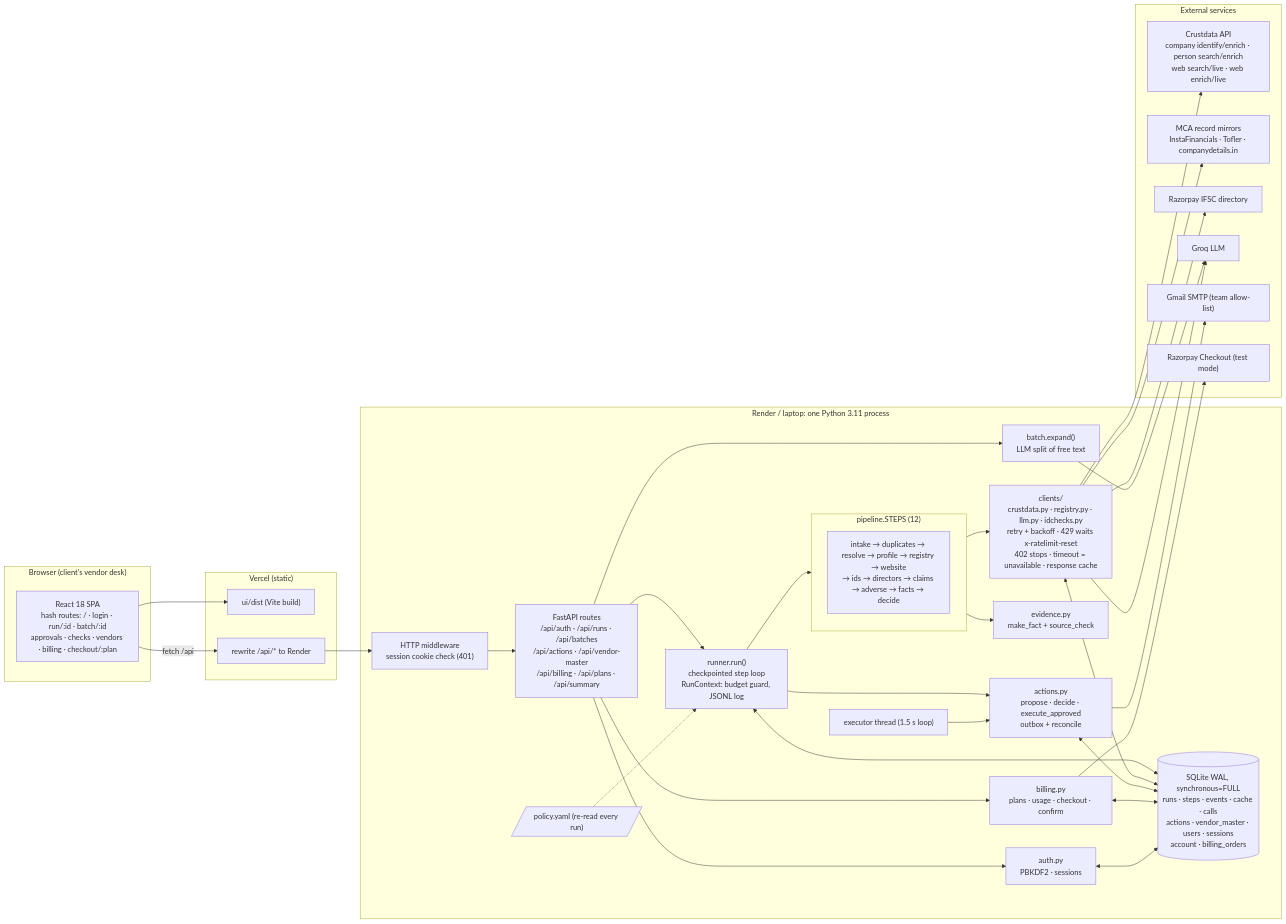
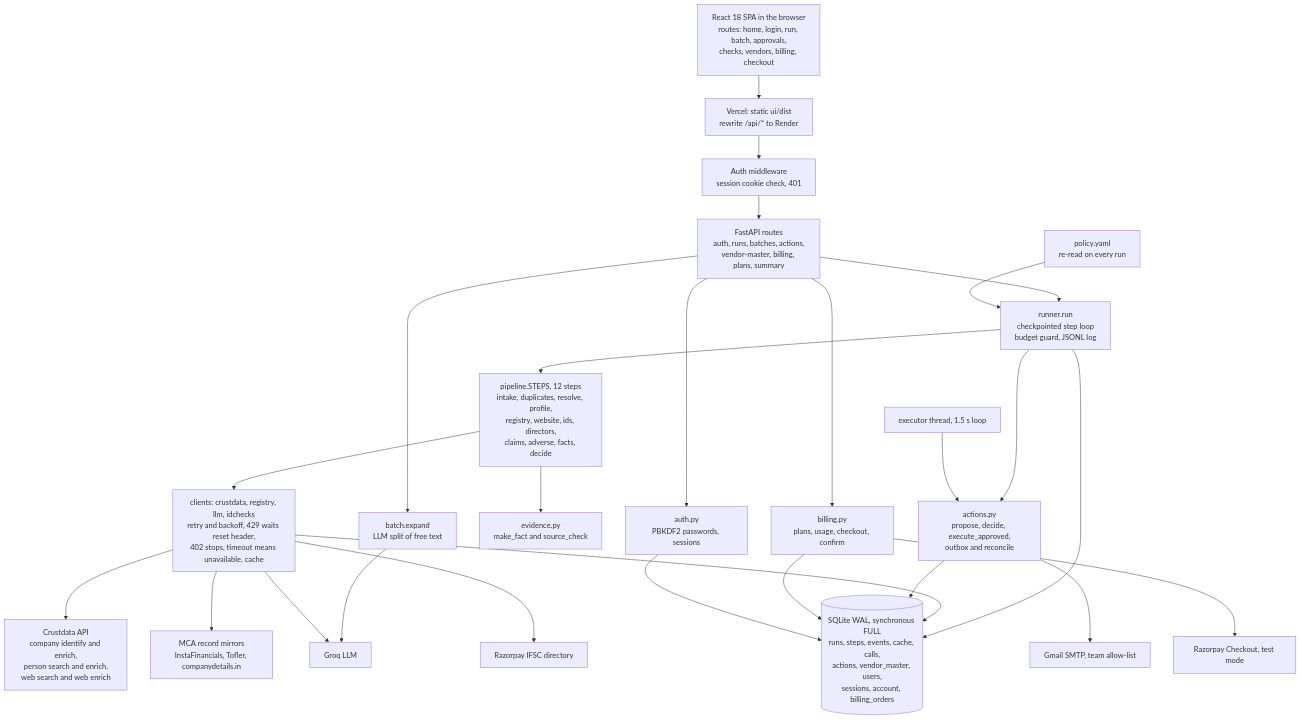
One commit to Abhay-BITS/Vetted-Crustdata changed the first of 5 diagrams in README.md. Above: the diagram before and after it, drawn with Mermaid.

Commit message:
README: simpler syntax for the technical architecture diagram so GitHub renders it reliably

````diff
--- a/README.md
+++ b/README.md
@@ -129,47 +129,50 @@
 ```mermaid
-flowchart LR
-    subgraph Browser["Browser (client's vendor desk)"]
-        SPA["React 18 SPA<br/>hash routes: / · login · run/:id · batch/:id<br/>approvals · checks · vendors · billing · checkout/:plan"]
-    end
-    subgraph Vercel["Vercel (static)"]
-        DIST["ui/dist (Vite build)"]
-        RW["rewrite /api/* to Render"]
-    end
-    subgraph Render["Render / laptop: one Python 3.11 process"]
-        MW["HTTP middleware<br/>session cookie check (401)"]
-        API["FastAPI routes<br/>/api/auth · /api/runs · /api/batches<br/>/api/actions · /api/vendor-master<br/>/api/billing · /api/plans · /api/summary"]
-        BATCH["batch.expand()<br/>LLM split of free text"]
-        RUNNER["runner.run()<br/>checkpointed step loop<br/>RunContext: budget guard, JSONL log"]
-        subgraph STEPS["pipeline.STEPS (12)"]
-            S["intake → duplicates → resolve → profile → registry → website<br/>→ ids → directors → claims → adverse → facts → decide"]
-        end
-        CL["clients/<br/>crustdata.py · registry.py · llm.py · idchecks.py<br/>retry + backoff · 429 waits x-ratelimit-reset<br/>402 stops · timeout = unavailable · response cache"]
-        EV["evidence.py<br/>make_fact + source_check"]
-        ACT["actions.py<br/>propose · decide · execute_approved<br/>outbox + reconcile"]
-        EXEC["executor thread (1.5 s loop)"]
-        BILL["billing.py<br/>plans · usage · checkout · confirm"]
-        AUTH["auth.py<br/>PBKDF2 · sessions"]
-        DB[("SQLite WAL, synchronous=FULL<br/>runs · steps · events · cache · calls<br/>actions · vendor_master · users · sessions<br/>account · billing_orders")]
-        POL[/"policy.yaml (re-read every run)"/]
-    end
-    subgraph EXT["External services"]
-        CD["Crustdata API<br/>company identify/enrich · person search/enrich<br/>web search/live · web enrich/live"]
-        MCA["MCA record mirrors<br/>InstaFinancials · Tofler · companydetails.in"]
-        IFSC["Razorpay IFSC directory"]
-        GROQ["Groq LLM"]
-        SMTP["Gmail SMTP (team allow-list)"]
-        RZP["Razorpay Checkout (test mode)"]
-    end
-    SPA --> DIST
-    SPA -- "fetch /api" --> RW --> MW --> API
-    API --> BATCH --> GROQ
-    API --> RUNNER --> STEPS --> CL
+flowchart TB
+    SPA["React 18 SPA in the browser<br/>routes: home, login, run, batch, approvals,<br/>checks, vendors, billing, checkout"]
+    VER["Vercel: static ui/dist<br/>rewrite /api/* to Render"]
+    MW["Auth middleware<br/>session cookie check, 401"]
+    API["FastAPI routes<br/>auth, runs, batches, actions,<br/>vendor-master, billing, plans, summary"]
+    BATCH["batch.expand<br/>LLM split of free text"]
+    RUNNER["runner.run<br/>checkpointed step loop<br/>budget guard, JSONL log"]
+    STEPS["pipeline.STEPS, 12 steps<br/>intake, duplicates, resolve, profile,<br/>registry, website, ids, directors,<br/>claims, adverse, facts, decide"]
+    CL["clients: crustdata, registry, llm, idchecks<br/>retry and backoff, 429 waits reset header,<br/>402 stops, timeout means unavailable, cache"]
+    EV["evidence.py<br/>make_fact and source_check"]
+    ACT["actions.py<br/>propose, decide, execute_approved,<br/>outbox and reconcile"]
+    EXEC["executor thread, 1.5 s loop"]
+    BILL["billing.py<br/>plans, usage, checkout, confirm"]
+    AUTH["auth.py<br/>PBKDF2 passwords, sessions"]
+    POL["policy.yaml<br/>re-read on every run"]
+    DB[("SQLite WAL, synchronous FULL<br/>runs, steps, events, cache, calls,<br/>actions, vendor_master, users,<br/>sessions, account, billing_orders")]
+    CD["Crustdata API<br/>company identify and enrich,<br/>person search and enrich,<br/>web search and web enrich"]
+    MCA["MCA record mirrors<br/>InstaFinancials, Tofler, companydetails.in"]
+    IFSC["Razorpay IFSC directory"]
+    GROQ["Groq LLM"]
+    SMTP["Gmail SMTP, team allow-list"]
+    RZP["Razorpay Checkout, test mode"]
+
+    SPA --> VER
+    VER --> MW
+    MW --> API
+    API --> AUTH
+    API --> BATCH
+    BATCH --> GROQ
+    API --> RUNNER
+    POL --> RUNNER
+    RUNNER --> STEPS
+    STEPS --> CL
     STEPS --> EV
-    CL --> CD & MCA & IFSC & GROQ
+    CL --> CD
+    CL --> MCA
+    CL --> IFSC
+    CL --> GROQ
     RUNNER --> ACT
-    EXEC --> ACT --> SMTP
-    API --> BILL --> RZP
-    API --> AUTH
-    RUNNER & CL & ACT & BILL & AUTH <--> DB
-    POL -.-> RUNNER
+    EXEC --> ACT
+    ACT --> SMTP
+    API --> BILL
+    BILL --> RZP
+    RUNNER --> DB
+    CL --> DB
+    ACT --> DB
+    BILL --> DB
+    AUTH --> DB
 ```
````
